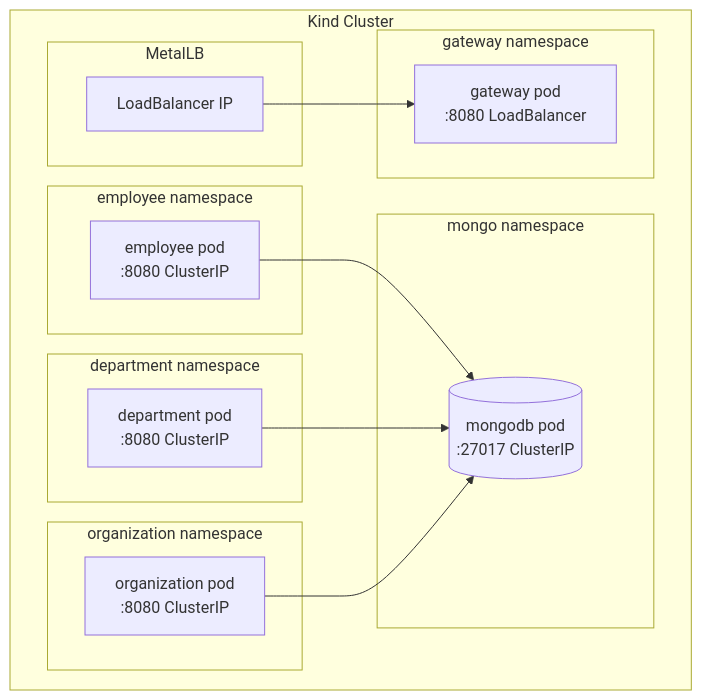
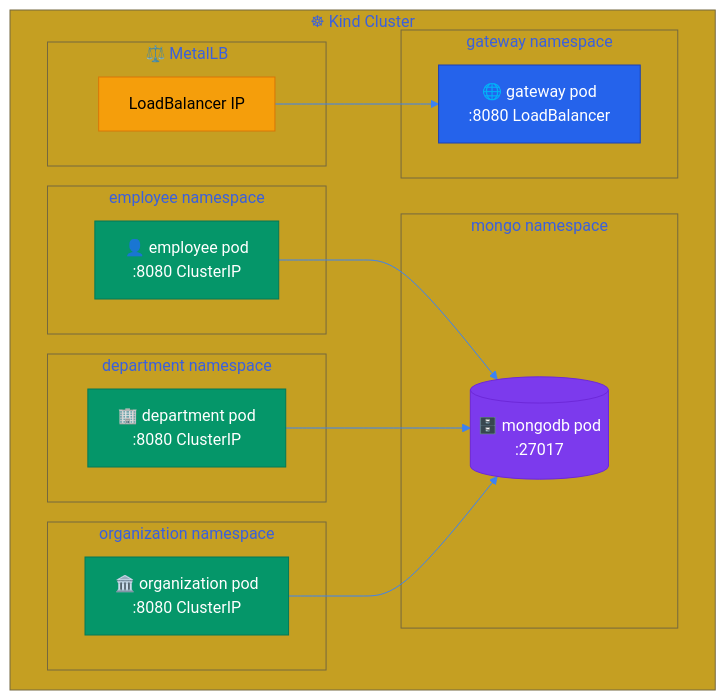
Before and after one commit to AndriyKalashnykov/spring-microservices-k8s: the second of 3 diagrams in docs/reference-architecture.md, drawn with Mermaid. The commit also changed other lines of this file and 1 other file, not shown here.

First line of the commit message:
docs: enhance Mermaid diagrams with custom colors and icons

````diff
--- a/docs/reference-architecture.md
+++ b/docs/reference-architecture.md
@@ -107,28 +121,37 @@
 ```mermaid
+%%{init: {'theme': 'base', 'themeVariables': {
+  'primaryColor': '#1e40af', 'primaryTextColor': '#fff',
+  'lineColor': '#3b82f6', 'fontFamily': 'arial'
+}}}%%
 graph TB
-    subgraph kind["Kind Cluster"]
+    subgraph kind["☸ Kind Cluster"]
         subgraph ns-gw["gateway namespace"]
-            GW[gateway pod<br/>:8080 LoadBalancer]
+            GW[🌐 gateway pod<br/>:8080 LoadBalancer]:::gateway
         end
         subgraph ns-emp["employee namespace"]
-            EMP[employee pod<br/>:8080 ClusterIP]
+            EMP[👤 employee pod<br/>:8080 ClusterIP]:::service
         end
         subgraph ns-dept["department namespace"]
-            DEPT[department pod<br/>:8080 ClusterIP]
+            DEPT[🏢 department pod<br/>:8080 ClusterIP]:::service
         end
         subgraph ns-org["organization namespace"]
-            ORG[organization pod<br/>:8080 ClusterIP]
+            ORG[🏛️ organization pod<br/>:8080 ClusterIP]:::service
         end
         subgraph ns-mongo["mongo namespace"]
-            MONGO[(mongodb pod<br/>:27017 ClusterIP)]
+            MONGO[(🗄️ mongodb pod<br/>:27017)]:::db
         end
-        subgraph metallb["MetalLB"]
-            LB[LoadBalancer IP]
+        subgraph metallb["⚖️ MetalLB"]
+            LB[LoadBalancer IP]:::lb
         end
     end
 
     LB --> GW
     EMP --> MONGO
     DEPT --> MONGO
     ORG --> MONGO
+
+    classDef gateway fill:#2563eb,stroke:#1e40af,color:#fff
+    classDef service fill:#059669,stroke:#047857,color:#fff
+    classDef db fill:#7c3aed,stroke:#6d28d9,color:#fff
+    classDef lb fill:#f59e0b,stroke:#d97706,color:#000
 ```
````
